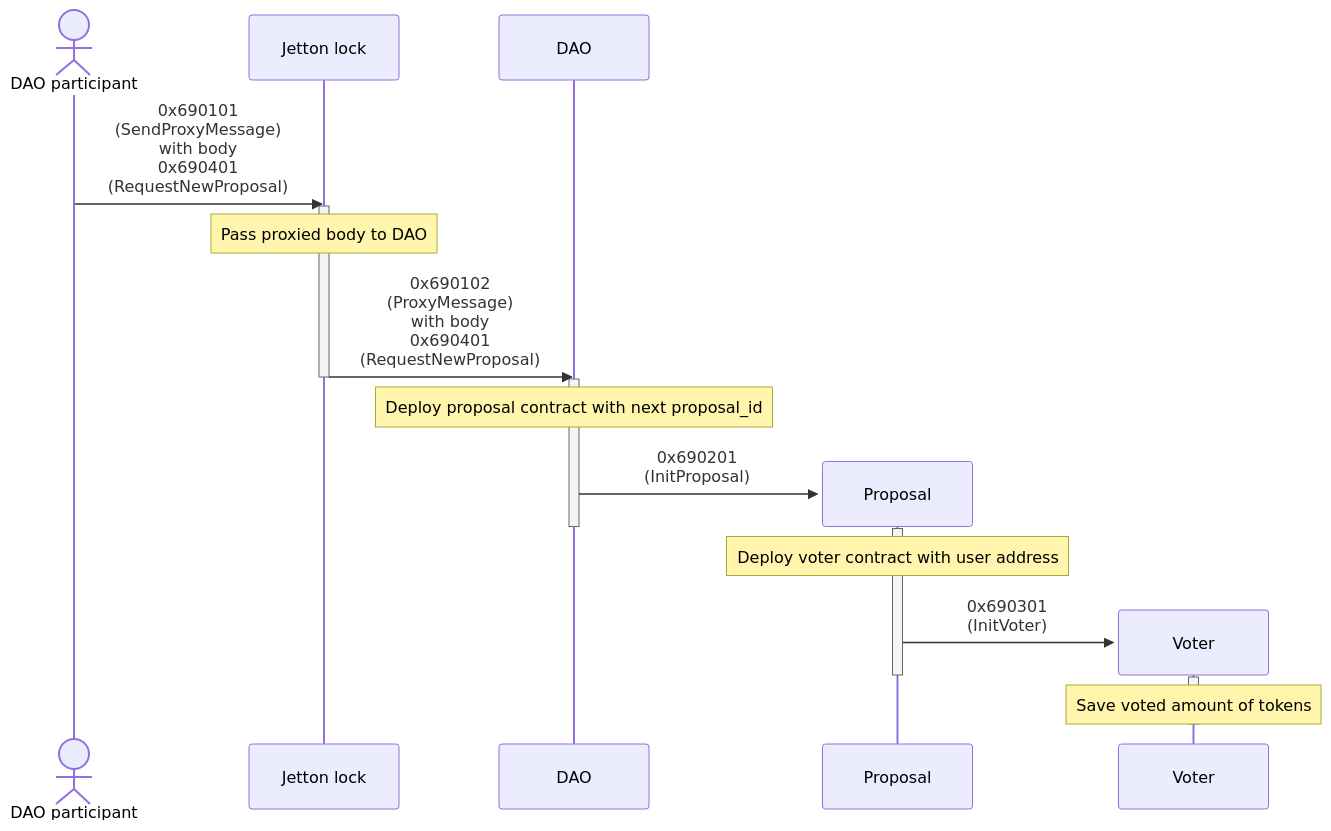
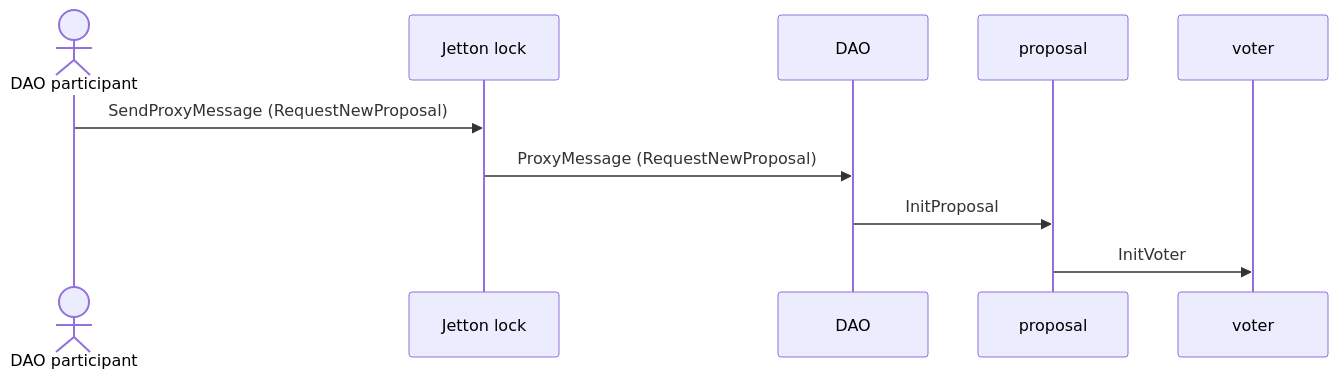
One commit to supadupadao/skipper changed the third of 4 diagrams in docs/ARCHITECTURE.md. Above: the diagram before and after it, drawn with Mermaid. The commit also changed other lines of this file and 11 other files, not shown here.

````diff
--- a/docs/ARCHITECTURE.md
+++ b/docs/ARCHITECTURE.md
@@ -93,25 +94,11 @@
 ```mermaid
 sequenceDiagram
   actor wallet as DAO participant
   participant lock as Jetton lock
   participant dao as DAO
 
-  wallet ->> lock: 0x690101<br/>(SendProxyMessage)<br/>with body<br/>0x690401<br/>(RequestNewProposal)
-  activate lock
-  Note over lock: Pass proxied body to DAO
-  lock ->> dao: 0x690102<br/>(ProxyMessage)<br/>with body<br/>0x690401<br/>(RequestNewProposal)
-  deactivate lock
-  activate dao
-  Note over dao: Deploy proposal contract with next proposal_id
-  create participant proposal as Proposal
-  dao ->> proposal: 0x690201<br/>(InitProposal)
-  deactivate dao
-  activate proposal
-  Note over proposal: Deploy voter contract with user address
-  create participant voter as Voter
-  proposal ->> voter: 0x690301<br/>(InitVoter)
-  deactivate proposal
-  activate voter
-  Note over voter: Save voted amount of tokens
-  deactivate voter
+  wallet ->> lock: SendProxyMessage (RequestNewProposal)
+  lock ->> dao: ProxyMessage (RequestNewProposal)
+  dao ->> proposal: InitProposal
+  proposal ->> voter: InitVoter
 ```
````
